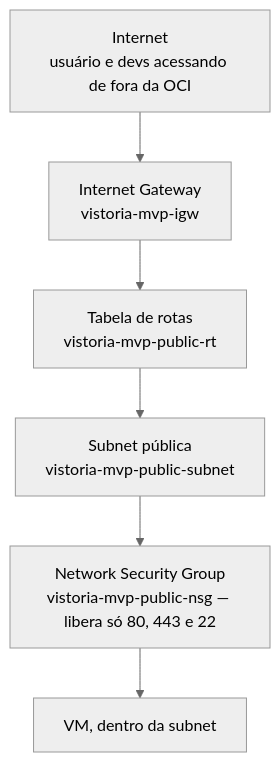
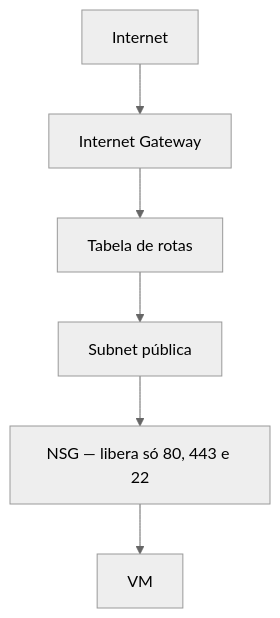
One commit to IA-Vistoria/vistoria-mvp changed the second of 3 diagrams in README.md. Above: the diagram before and after it, drawn with Mermaid (neutral theme). The commit also changed other lines of this file, not shown here.

````diff
--- a/README.md
+++ b/README.md
@@ -138,8 +78,8 @@
 ```mermaid
 flowchart TD
-    A["Internet<br/>usuário e devs acessando de fora da OCI"] --> B["Internet Gateway<br/>vistoria-mvp-igw"]
-    B --> C["Tabela de rotas<br/>vistoria-mvp-public-rt"]
-    C --> D["Subnet pública<br/>vistoria-mvp-public-subnet"]
-    D --> E["Network Security Group<br/>vistoria-mvp-public-nsg — libera só 80, 443 e 22"]
-    E --> F["VM, dentro da subnet"]
+    A["Internet"] --> B["Internet Gateway"]
+    B --> C["Tabela de rotas"]
+    C --> D["Subnet pública"]
+    D --> E["NSG — libera só 80, 443 e 22"]
+    E --> F["VM"]
 ```
````
